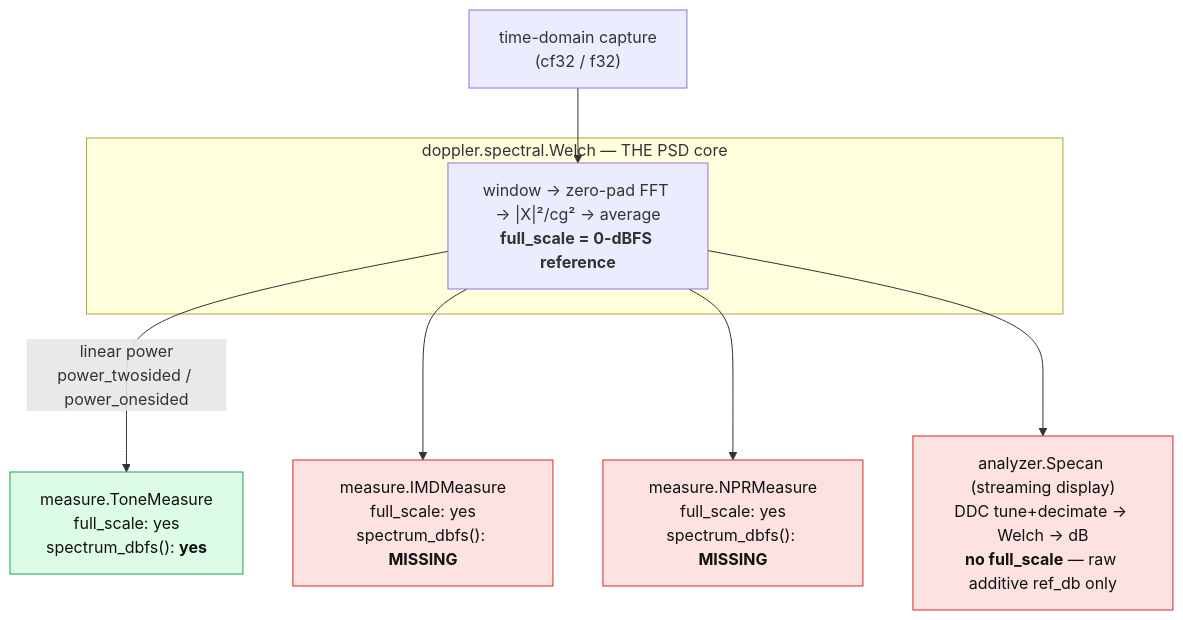
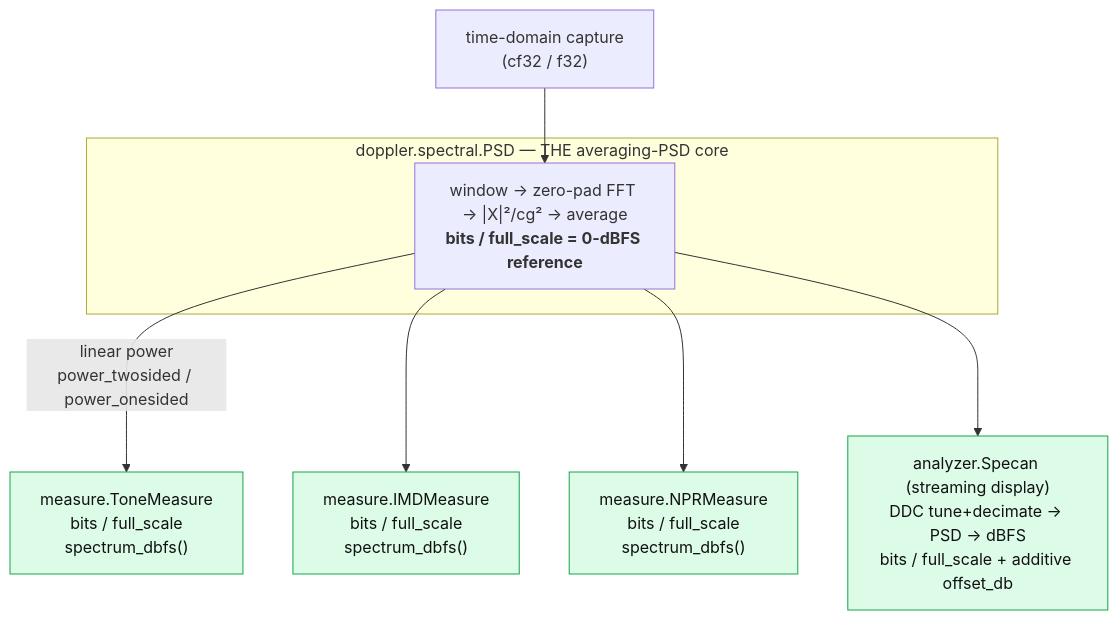
Before and after one commit to doppler-dsp/doppler: the diagram in docs/design/spectral-api-map.md, drawn with Mermaid. The commit also changed other lines of this file and 42 other files, not shown here.

First line of the commit message:
docs(spectral): doppler-native measure demos + PSD/bits docs

````diff
--- a/docs/design/spectral-api-map.md
+++ b/docs/design/spectral-api-map.md
@@ -13,23 +10,21 @@
 ```mermaid
 flowchart TD
     T["time-domain capture<br/>(cf32 / f32)"] --> W
 
-    subgraph CORE["doppler.spectral.Welch — THE PSD core"]
-      W["window &rarr; zero-pad FFT &rarr; |X|&sup2;/cg&sup2; &rarr; average<br/><b>full_scale = 0-dBFS reference</b>"]
+    subgraph CORE["doppler.spectral.PSD — THE averaging-PSD core"]
+      W["window &rarr; zero-pad FFT &rarr; |X|&sup2;/cg&sup2; &rarr; average<br/><b>bits / full_scale = 0-dBFS reference</b>"]
     end
 
     W -->|linear power<br/>power_twosided / power_onesided| TM
     W --> IMD
     W --> NPR
     W --> SA
 
-    TM["measure.ToneMeasure<br/>full_scale: yes<br/>spectrum_dbfs(): <b>yes</b>"]
-    IMD["measure.IMDMeasure<br/>full_scale: yes<br/>spectrum_dbfs(): <b>MISSING</b>"]
-    NPR["measure.NPRMeasure<br/>full_scale: yes<br/>spectrum_dbfs(): <b>MISSING</b>"]
-    SA["analyzer.Specan (streaming display)<br/>DDC tune+decimate &rarr; Welch &rarr; dB<br/><b>no full_scale</b> &mdash; raw additive ref_db only"]
+    TM["measure.ToneMeasure<br/>bits / full_scale<br/>spectrum_dbfs()"]
+    IMD["measure.IMDMeasure<br/>bits / full_scale<br/>spectrum_dbfs()"]
+    NPR["measure.NPRMeasure<br/>bits / full_scale<br/>spectrum_dbfs()"]
+    SA["analyzer.Specan (streaming display)<br/>DDC tune+decimate &rarr; PSD &rarr; dBFS<br/>bits / full_scale + additive offset_db"]
 
-    classDef gap fill:#fde2e2,stroke:#dc2626,color:#111;
     classDef ok fill:#dcfce7,stroke:#16a34a,color:#111;
-    class TM ok;
-    class IMD,NPR,SA gap;
+    class TM,IMD,NPR,SA ok;
 ```
````
